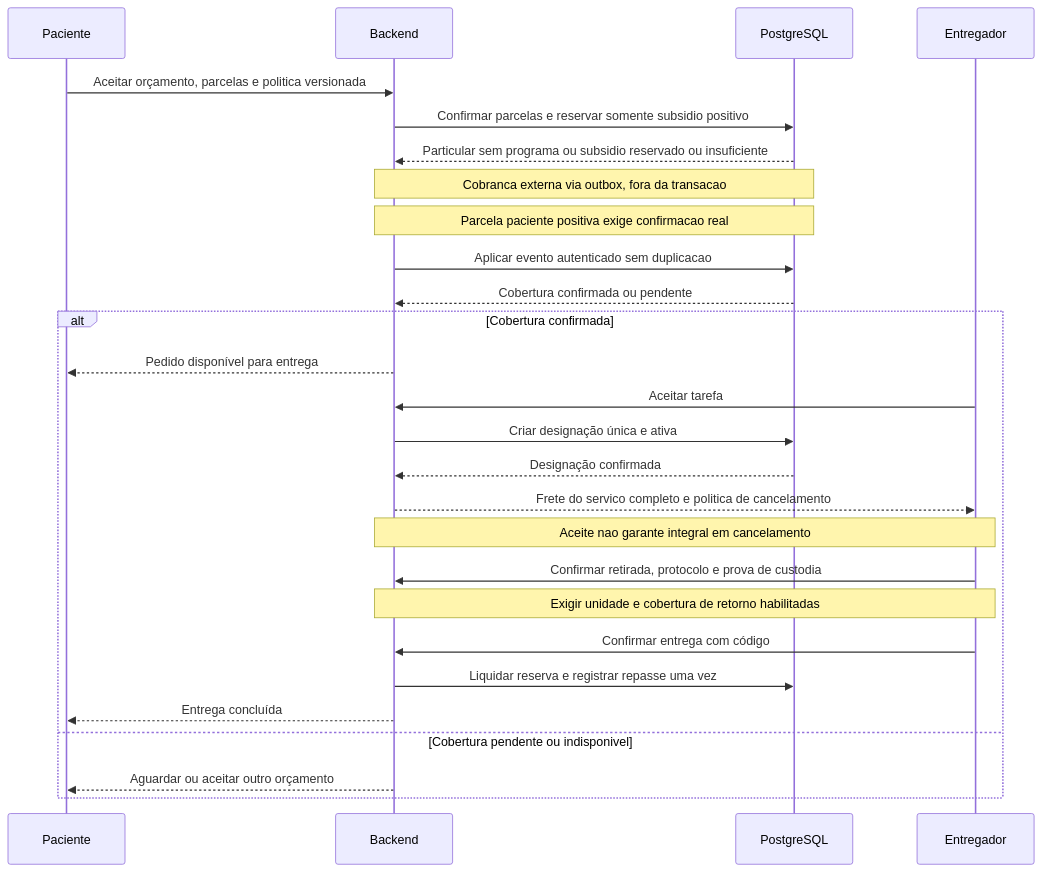
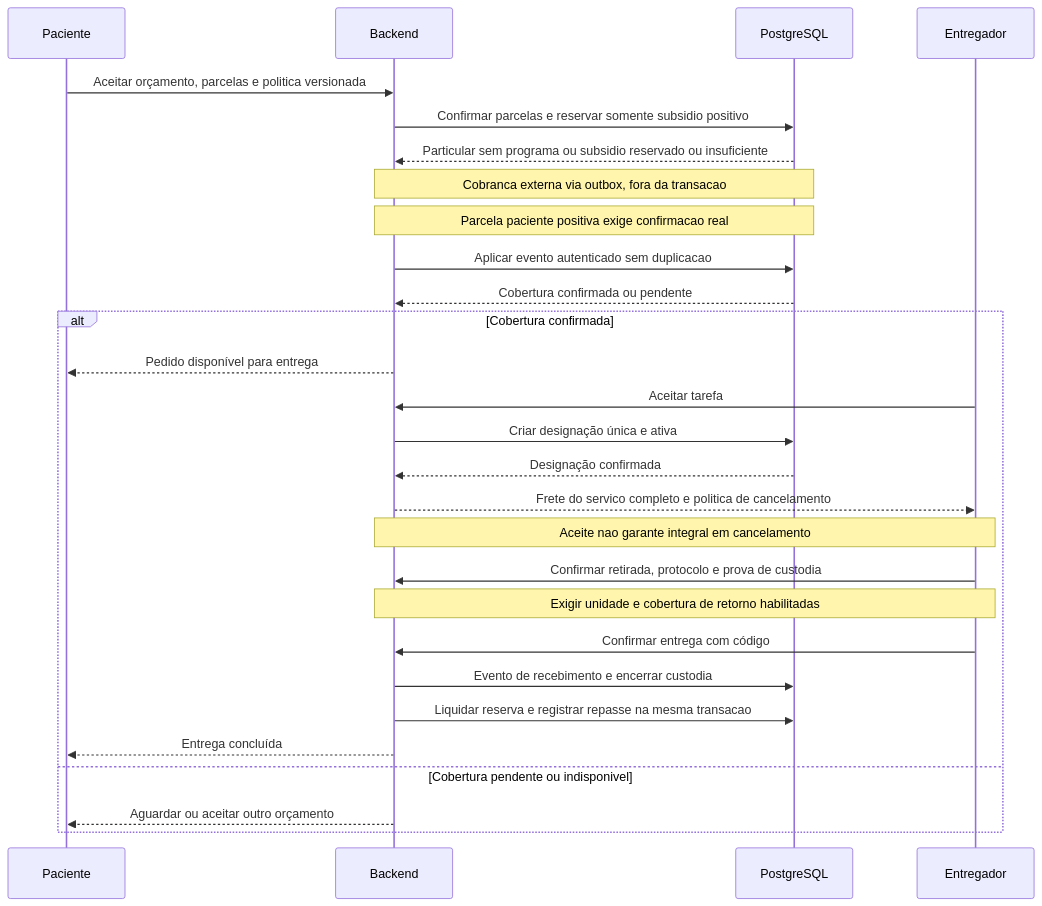
One commit to Kayquebrigadeiro/Exameperto changed the fifth of 10 diagrams in docs/DIAGRAMAS.md. Above: the diagram before and after it, drawn with Mermaid. The commit also changed 4 other files, not shown here.

````diff
--- a/docs/DIAGRAMAS.md
+++ b/docs/DIAGRAMAS.md
@@ -150,29 +150,30 @@
 ```mermaid
 sequenceDiagram
   participant C as Paciente
   participant B as Backend
   participant D as PostgreSQL
   participant M as Entregador
   C->>B: Aceitar orçamento, parcelas e politica versionada
   B->>D: Confirmar parcelas e reservar somente subsidio positivo
   D-->>B: Particular sem programa ou subsidio reservado ou insuficiente
   Note over B,D: Cobranca externa via outbox, fora da transacao
   Note over B,D: Parcela paciente positiva exige confirmacao real
   B->>D: Aplicar evento autenticado sem duplicacao
   D-->>B: Cobertura confirmada ou pendente
   alt Cobertura confirmada
     B-->>C: Pedido disponível para entrega
     M->>B: Aceitar tarefa
     B->>D: Criar designação única e ativa
     D-->>B: Designação confirmada
     B-->>M: Frete do servico completo e politica de cancelamento
     Note over B,M: Aceite nao garante integral em cancelamento
     M->>B: Confirmar retirada, protocolo e prova de custodia
     Note over B,M: Exigir unidade e cobertura de retorno habilitadas
     M->>B: Confirmar entrega com código
-    B->>D: Liquidar reserva e registrar repasse uma vez
+    B->>D: Evento de recebimento e encerrar custodia
+    B->>D: Liquidar reserva e registrar repasse na mesma transacao
     B-->>C: Entrega concluída
   else Cobertura pendente ou indisponivel
     B-->>C: Aguardar ou aceitar outro orçamento
   end
 ```
````
